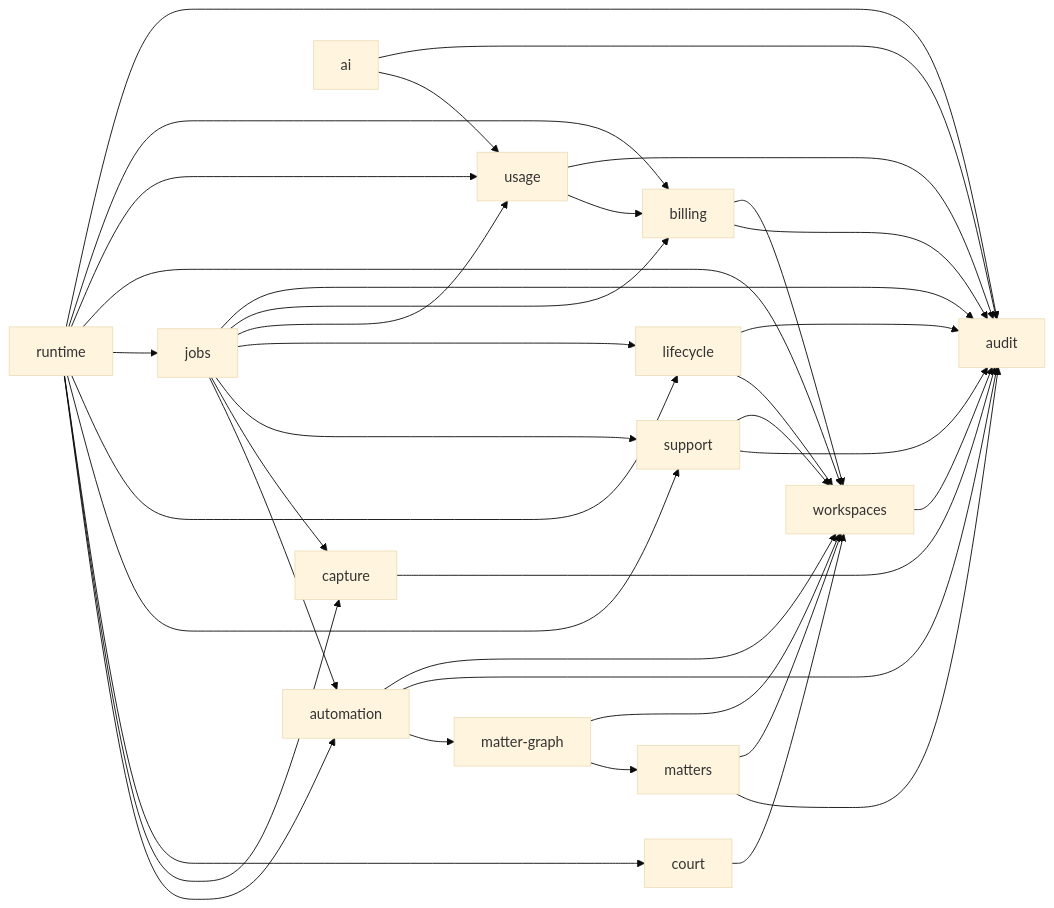
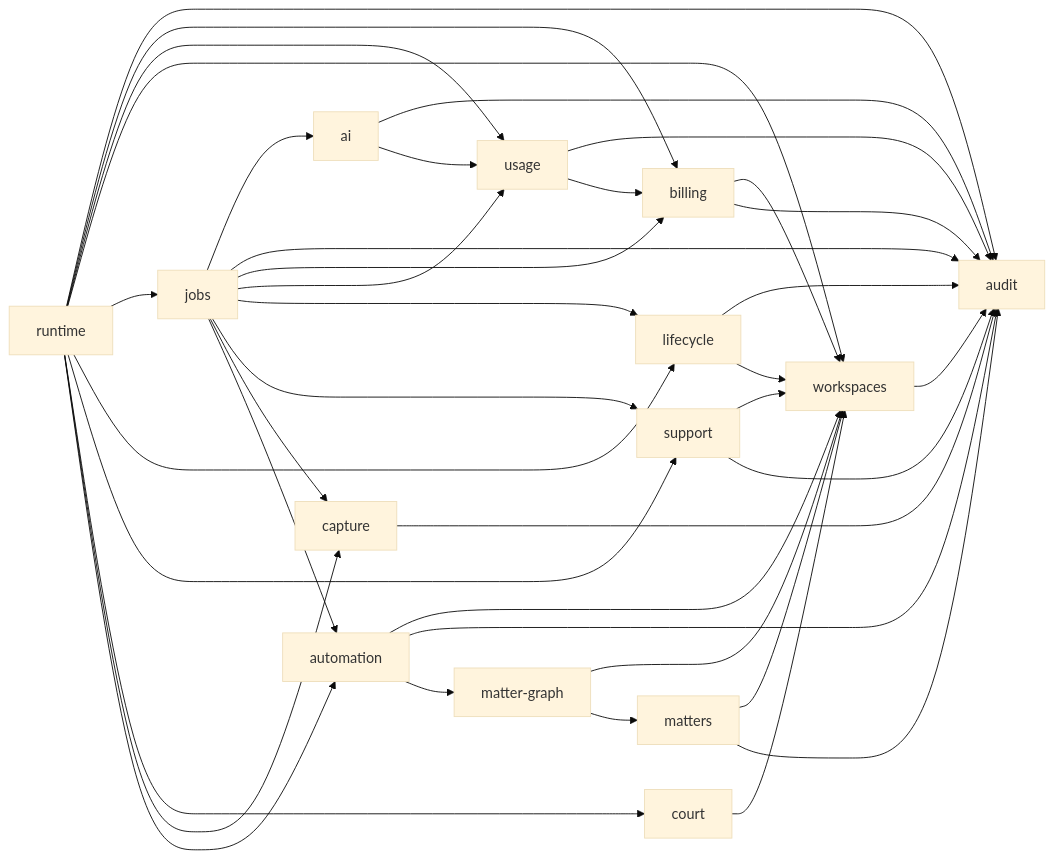
Before and after one commit to RapierCraftStudios/causedeck: the diagram in docs/engineering/core-domains.md, drawn with Mermaid (base theme). The commit also changed other lines of this file and 35 other files, not shown here.

````diff
--- a/docs/engineering/core-domains.md
+++ b/docs/engineering/core-domains.md
@@ -61,40 +61,41 @@
 ```mermaid
 graph LR
   workspaces --> audit
   matters --> workspaces
   matters --> audit
   court --> workspaces
   matter-graph --> workspaces
   matter-graph --> matters
   automation --> workspaces
   automation --> audit
   automation --> matter-graph
   billing --> workspaces
   billing --> audit
   usage --> audit
   usage --> billing
   ai --> audit
   ai --> usage
   lifecycle --> audit
   lifecycle --> workspaces
   support --> workspaces
   support --> audit
   capture --> audit
+  jobs --> ai
   jobs --> audit
   jobs --> billing
   jobs --> usage
   jobs --> lifecycle
   jobs --> support
   jobs --> capture
   jobs --> automation
   runtime --> audit
   runtime --> billing
   runtime --> usage
   runtime --> workspaces
   runtime --> jobs
   runtime --> lifecycle
   runtime --> support
   runtime --> court
   runtime --> capture
   runtime --> automation
 ```
````
